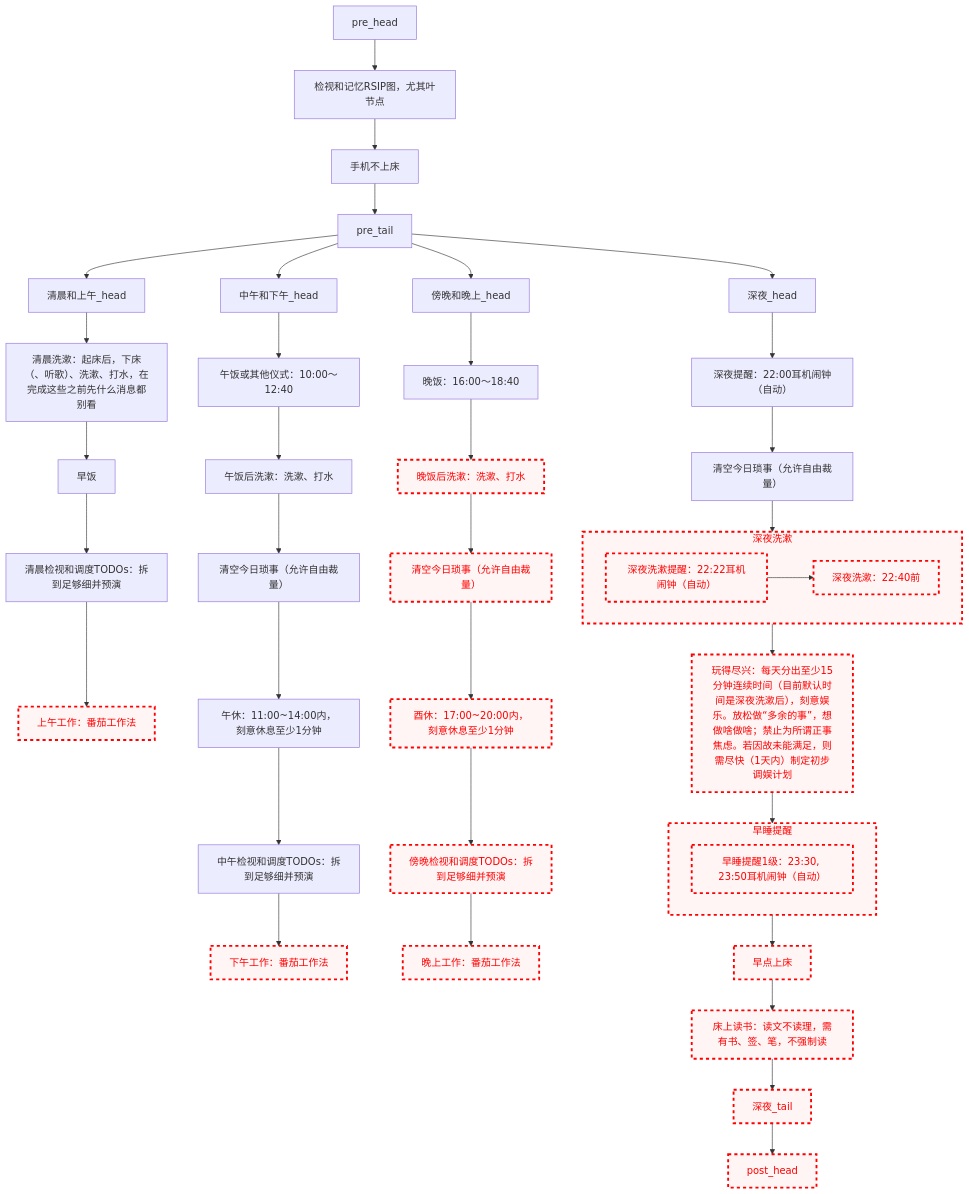
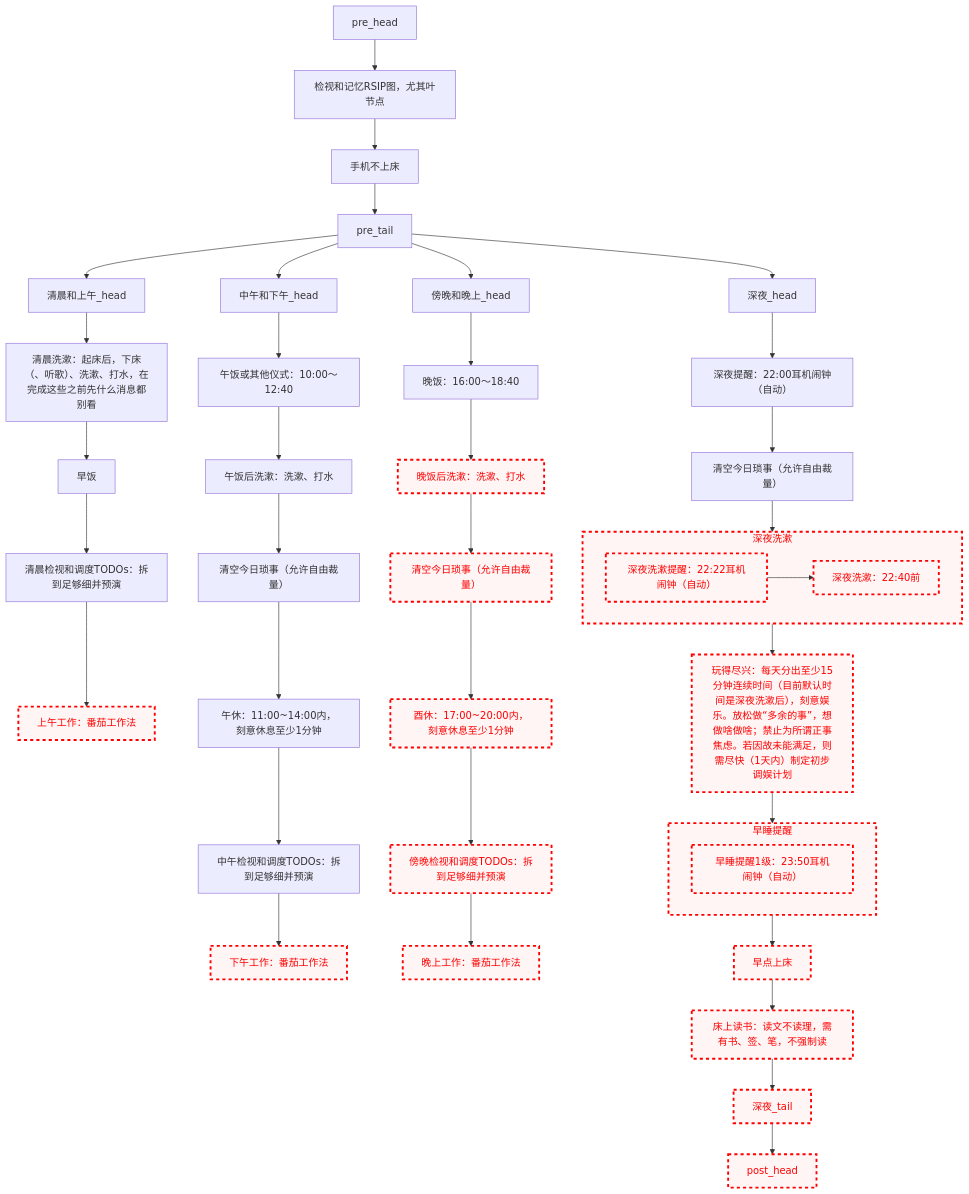
The diagram in README.md (Ethkuil/RSIP-tree), drawn with Mermaid before and after one commit.

Commit message:
放宽早睡时限

````diff
--- a/README.md
+++ b/README.md
@@ -21,70 +21,70 @@
 ```mermaid
 graph TD
 
 classDef failed stroke:#ff0000, stroke-width:3px, color:#ff0000, fill:#fff5f5, stroke-dasharray: 5
 
 pre_head --> RSIP[检视和记忆RSIP图，尤其叶节点]
 RSIP --> 手机不上床
 手机不上床 --> pre_tail
 
 
 pre_tail --> 清晨和上午_head
 清晨和上午_head --> 清晨洗漱
 清晨洗漱[清晨洗漱：起床后，下床（、听歌）、洗漱、打水，在完成这些之前先什么消息都别看]
 清晨洗漱 --> 早饭
 早饭 --> 清晨看TODO[清晨检视和调度TODOs：拆到足够细并预演]
 清晨看TODO --> 上午工作[上午工作：番茄工作法]
 class 上午工作 failed
 
 pre_tail --> 中午和下午_head
 中午和下午_head --> 午饭[午饭或其他仪式：10:00～12:40]
 午饭 --> 午饭后洗漱[午饭后洗漱：洗漱、打水]
 午饭后洗漱 --> 中午今日琐事[清空今日琐事（允许自由裁量）]
 中午今日琐事 --> 午休[午休：11:00~14:00内，刻意休息至少1分钟]
 午休 --> 中午看TODO[中午检视和调度TODOs：拆到足够细并预演]
 中午看TODO --> 下午工作[下午工作：番茄工作法]
 class 下午工作 failed
 
 pre_tail --> 傍晚和晚上_head
 傍晚和晚上_head --> 晚饭[晚饭：16:00～18:40]
 晚饭 --> 晚饭后洗漱[晚饭后洗漱：洗漱、打水]
 class 晚饭后洗漱 failed
 晚饭后洗漱 --> 傍晚今日琐事[清空今日琐事（允许自由裁量）]
 class 傍晚今日琐事 failed
 傍晚今日琐事 --> 酉休[酉休：17:00~20:00内，刻意休息至少1分钟]
 class 酉休 failed
 酉休 --> 傍晚看TODO[傍晚检视和调度TODOs：拆到足够细并预演]
 class 傍晚看TODO failed
 傍晚看TODO --> 晚上工作[晚上工作：番茄工作法]
 class 晚上工作 failed
 
 pre_tail --> 深夜_head
 深夜_head --> 深夜提醒[深夜提醒：22:00耳机闹钟（自动）]
 深夜提醒 --> 深夜今日琐事[清空今日琐事（允许自由裁量）]
 深夜今日琐事 --> 深夜洗漱
 subgraph 深夜洗漱
   深夜洗漱提醒[深夜洗漱提醒：22:22耳机闹钟（自动）]
   class 深夜洗漱提醒 failed
   深夜洗漱提醒 --> 深夜洗漱执行[深夜洗漱：22:40前]
   class 深夜洗漱执行 failed
 end
 class 深夜洗漱 failed
 深夜洗漱 --> 玩得尽兴[玩得尽兴：每天分出至少15分钟连续时间（目前默认时间是深夜洗漱后），刻意娱乐。放松做“多余的事”，想做啥做啥；禁止为所谓正事焦虑。若因故未能满足，则需尽快（1天内）制定初步调娱计划]
 class 玩得尽兴 failed
 玩得尽兴 --> 早睡提醒
 subgraph 早睡提醒
-  早睡提醒1级[早睡提醒1级：23:30, 23:50耳机闹钟（自动）]
+  早睡提醒1级[早睡提醒1级：23:50耳机闹钟（自动）]
   class 早睡提醒1级 failed
 end
 class 早睡提醒 failed
 早睡提醒 --> 早点上床
 class 早点上床 failed
 早点上床 --> 床上读书[床上读书：读文不读理，需有书、签、笔，不强制读]
 class 床上读书 failed
 床上读书 --> 深夜_tail
 class 深夜_tail failed
 
 
 深夜_tail --> post_head
 class post_head failed
 ```
````
